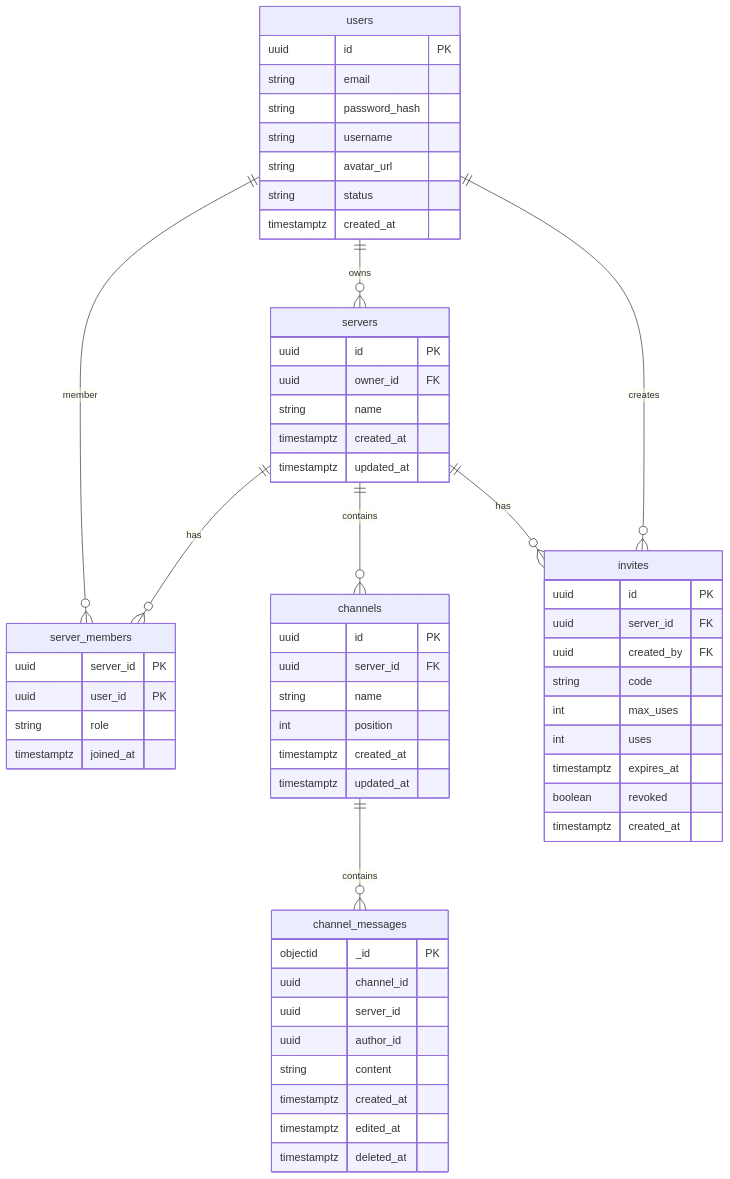
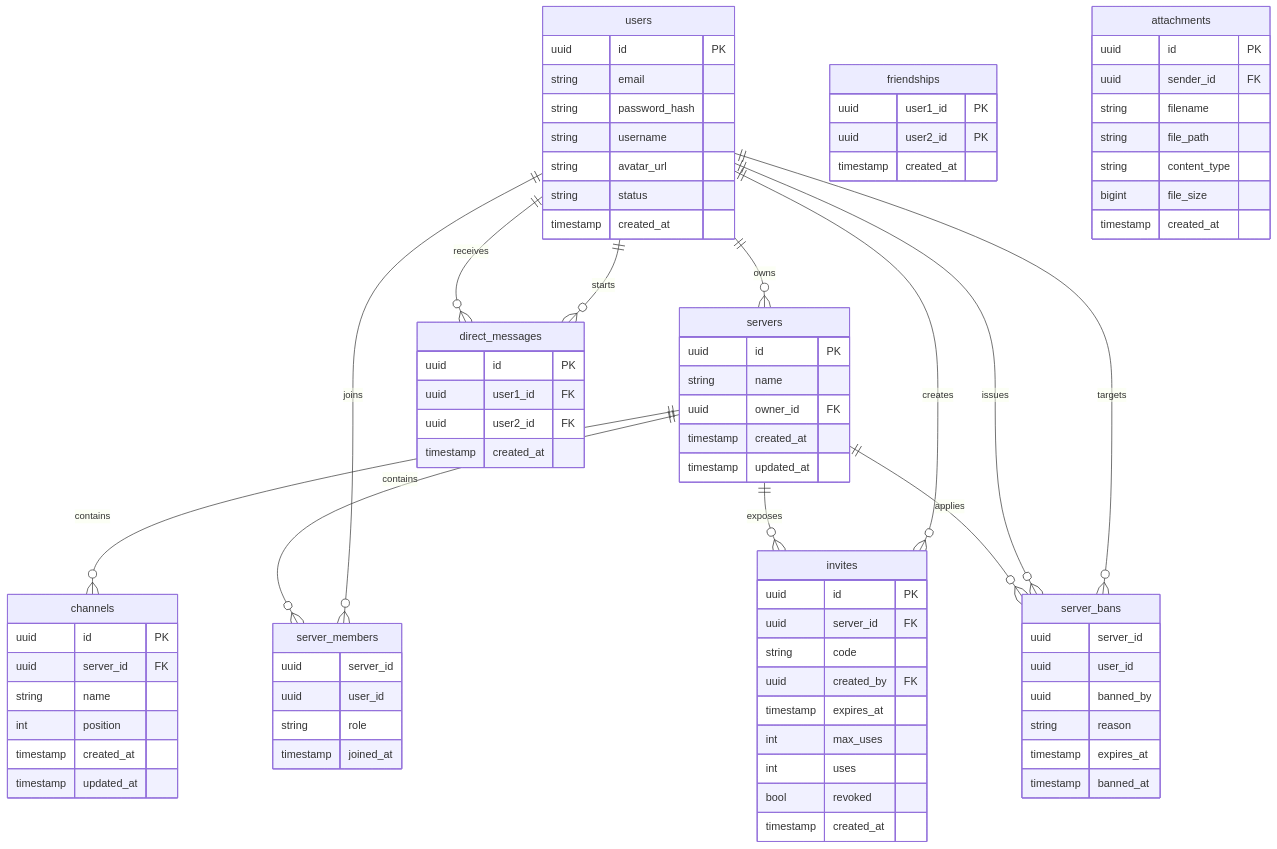
The third of 4 diagrams in seminar-rust/Days_71_95/solutions_days71_95/hello-world/README.md (RomeoCavazza/piscine-epitech), drawn with Mermaid before and after one commit. The commit also changed other lines of this file and 172 other files, not shown here.

````diff
--- a/seminar-rust/Days_71_95/solutions_days71_95/hello-world/README.md
+++ b/seminar-rust/Days_71_95/solutions_days71_95/hello-world/README.md
@@ -289,12 +517,16 @@
 ```mermaid
 erDiagram
-    users ||--o{ servers : "owns"
-    users ||--o{ server_members : "member"
-    servers ||--o{ server_members : "has"
-    servers ||--o{ channels : "contains"
-    servers ||--o{ invites : "has"
-    users ||--o{ invites : "creates"
-    channels ||--o{ channel_messages : "contains"
+    users ||--o{ servers : owns
+    users ||--o{ server_members : joins
+    servers ||--o{ server_members : contains
+    servers ||--o{ channels : contains
+    users ||--o{ invites : creates
+    servers ||--o{ invites : exposes
+    users ||--o{ server_bans : targets
+    users ||--o{ server_bans : issues
+    servers ||--o{ server_bans : applies
+    users ||--o{ direct_messages : starts
+    users ||--o{ direct_messages : receives
 
     users {
         uuid id PK
@@ -303,22 +535,22 @@
         string username
         string avatar_url
         string status
-        timestamptz created_at
+        timestamp created_at
     }
 
     servers {
         uuid id PK
+        string name
         uuid owner_id FK
-        string name
-        timestamptz created_at
-        timestamptz updated_at
+        timestamp created_at
+        timestamp updated_at
     }
 
     server_members {
-        uuid server_id PK
-        uuid user_id PK
+        uuid server_id
+        uuid user_id
         string role
-        timestamptz joined_at
+        timestamp joined_at
     }
 
     channels {
@@ -326,30 +558,51 @@
         uuid server_id FK
         string name
         int position
-        timestamptz created_at
-        timestamptz updated_at
+        timestamp created_at
+        timestamp updated_at
     }
 
     invites {
         uuid id PK
         uuid server_id FK
+        string code
         uuid created_by FK
-        string code
+        timestamp expires_at
         int max_uses
         int uses
-        timestamptz expires_at
-        boolean revoked
-        timestamptz created_at
+        bool revoked
+        timestamp created_at
     }
 
-    channel_messages {
-        objectid _id PK
-        uuid channel_id
+    server_bans {
         uuid server_id
-        uuid author_id
-        string content
-        timestamptz created_at
-        timestamptz edited_at
-        timestamptz deleted_at
+        uuid user_id
+        uuid banned_by
+        string reason
+        timestamp expires_at
+        timestamp banned_at
+    }
+
+    direct_messages {
+        uuid id PK
+        uuid user1_id FK
+        uuid user2_id FK
+        timestamp created_at
+    }
+
+    friendships {
+        uuid user1_id PK
+        uuid user2_id PK
+        timestamp created_at
+    }
+
+    attachments {
+        uuid id PK
+        uuid sender_id FK
+        string filename
+        string file_path
+        string content_type
+        bigint file_size
+        timestamp created_at
     }
 ```
````
